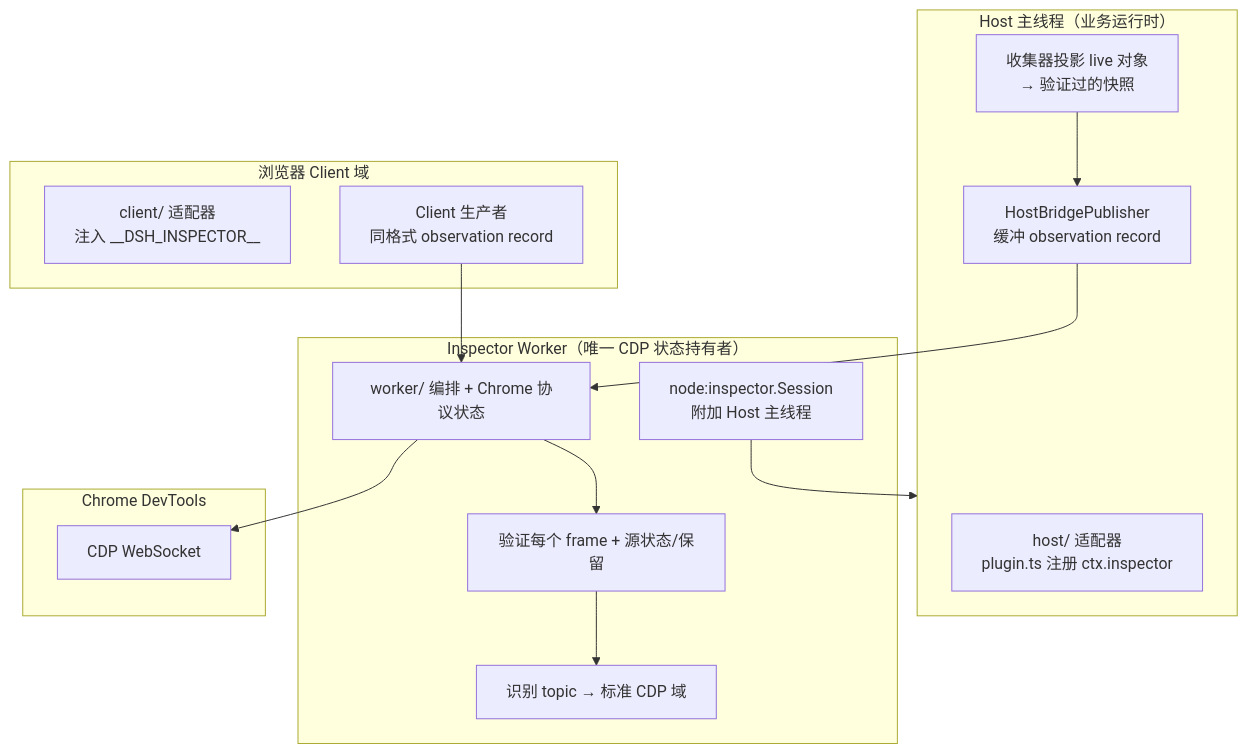
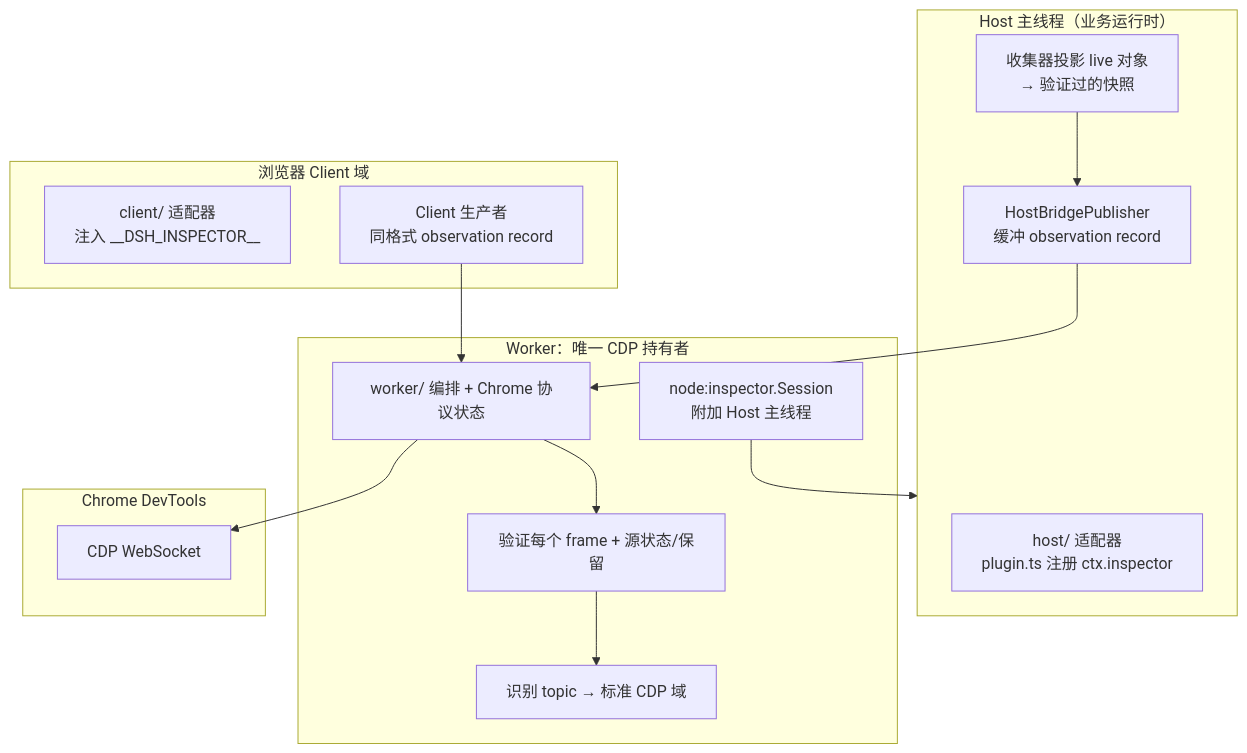
One commit to morehao/oss-insights changed the first of 2 diagrams in ai-agent/deepseek-harness/inspector.md. Above: the diagram before and after it, drawn with Mermaid. The commit also changed other lines of this file and 27 other files, not shown here.

````diff
--- a/ai-agent/deepseek-harness/inspector.md
+++ b/ai-agent/deepseek-harness/inspector.md
@@ -35,28 +35,28 @@
 ```mermaid
 graph TB
     subgraph host[Host 主线程（业务运行时）]
         HP["host/ 适配器<br>plugin.ts 注册 ctx.inspector"]
         PUB["HostBridgePublisher<br>缓冲 observation record"]
         COLL["收集器投影 live 对象<br>→ 验证过的快照"]
     end
     subgraph client[浏览器 Client 域]
         CP["client/ 适配器<br>注入 __DSH_INSPECTOR__"]
         CPUB["Client 生产者<br>同格式 observation record"]
     end
-    subgraph worker[Inspector Worker（唯一 CDP 状态持有者）]
+    subgraph worker[Worker：唯一 CDP 持有者]
         W["worker/ 编排 + Chrome 协议状态"]
         VAL["验证每个 frame + 源状态/保留"]
         TRANS["识别 topic → 标准 CDP 域"]
         NIS["node:inspector.Session<br>附加 Host 主线程"]
     end
     subgraph dt[Chrome DevTools]
         CDP["CDP WebSocket"]
     end
 
     COLL --> PUB
     PUB --> W
     CPUB --> W
     W --> VAL --> TRANS
     NIS --> host
     W --> CDP
 ```
````
